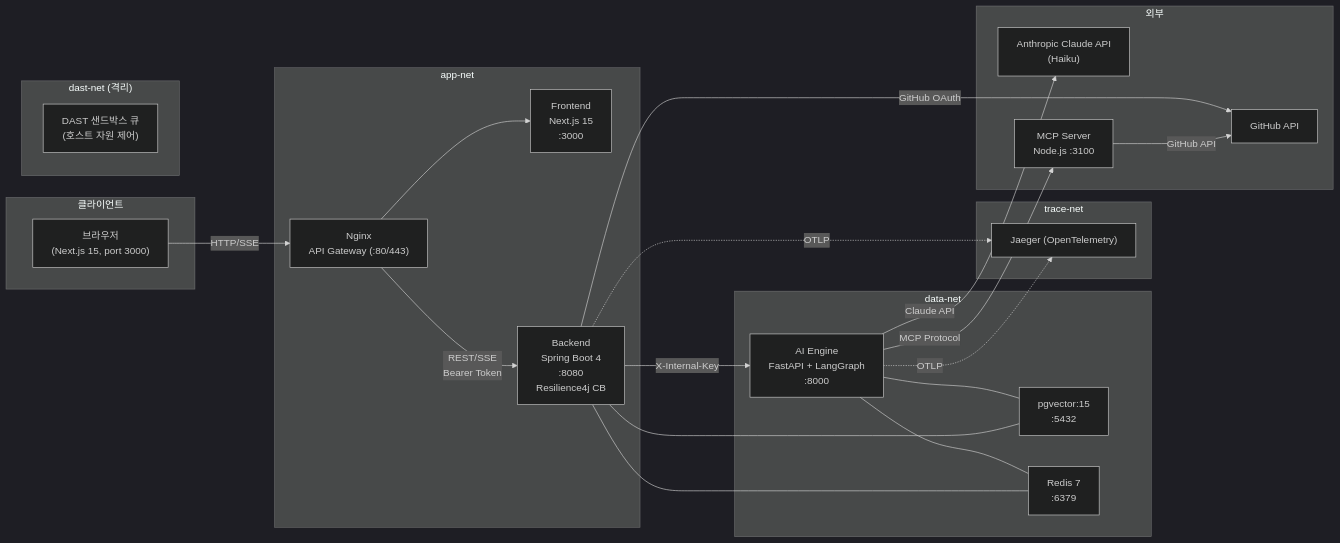
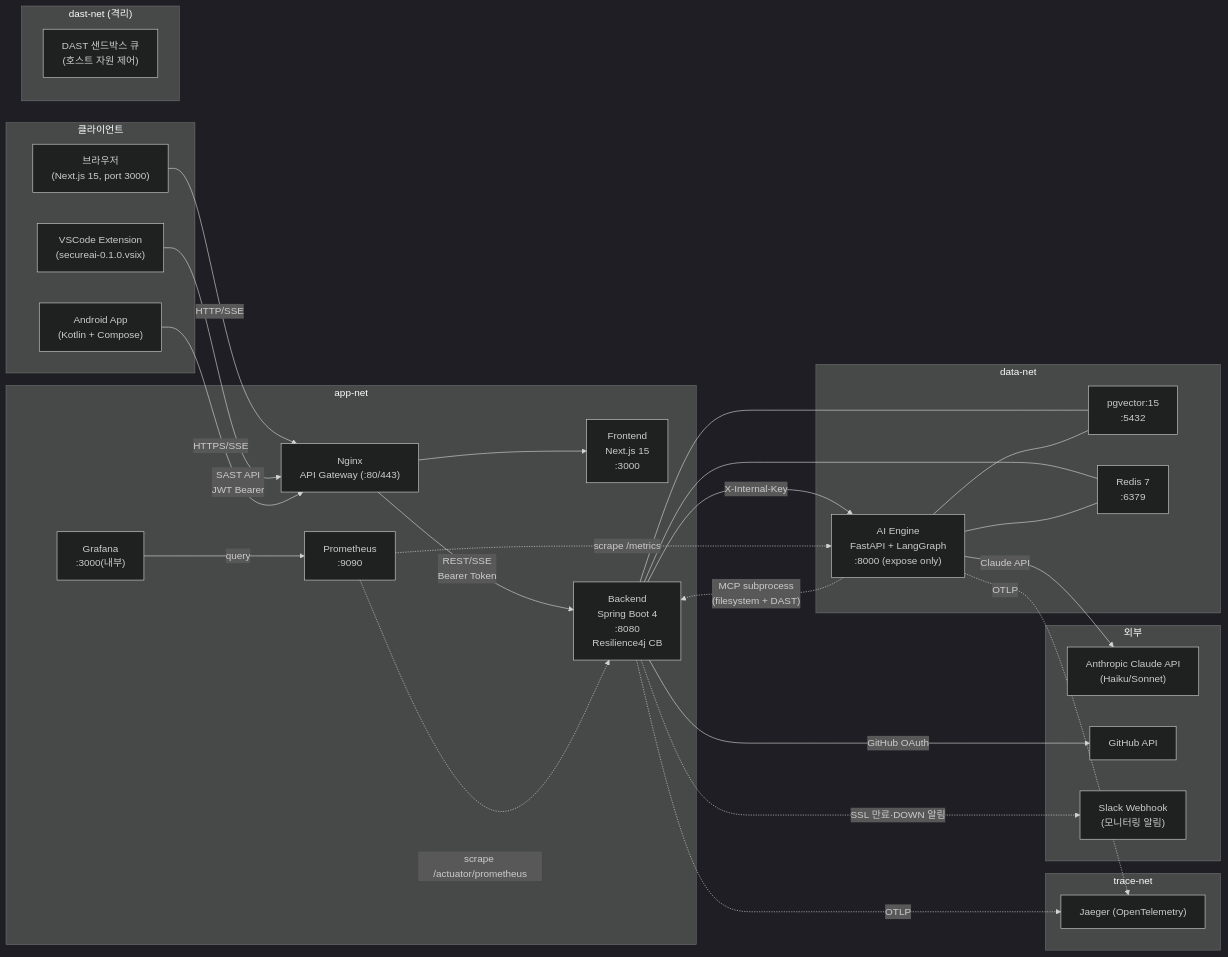
One commit to ttogle918/secureai-editor changed the first of 10 diagrams in docs/17_ARCHITECTURE_CURRENT_V2_260523.md. Above: the diagram before and after it, drawn with Mermaid (dark theme). The commit also changed other lines of this file, not shown here.

First line of the commit message:
docs(arch): 17_ARCHITECTURE_CURRENT_V2 Sprint 9 완료 내용 반영

````diff
--- a/docs/17_ARCHITECTURE_CURRENT_V2_260523.md
+++ b/docs/17_ARCHITECTURE_CURRENT_V2_260523.md
@@ -36,47 +36,56 @@
 ```mermaid
 graph LR
     subgraph CLIENT["클라이언트"]
         Browser["브라우저\n(Next.js 15, port 3000)"]
+        VSCode["VSCode Extension\n(secureai-0.1.0.vsix)"]
+        Android["Android App\n(Kotlin + Compose)"]
     end
 
     subgraph APPNET["app-net"]
         Nginx["Nginx\nAPI Gateway (:80/443)"]
         Frontend["Frontend\nNext.js 15\n:3000"]
         Backend["Backend\nSpring Boot 4\n:8080\nResilience4j CB"]
+        Prometheus["Prometheus\n:9090"]
+        Grafana["Grafana\n:3000(내부)"]
     end
 
     subgraph DATANET["data-net"]
-        AI["AI Engine\nFastAPI + LangGraph\n:8000"]
+        AI["AI Engine\nFastAPI + LangGraph\n:8000 (expose only)"]
         Postgres["pgvector:15\n:5432"]
         Redis["Redis 7\n:6379"]
     end
 
     subgraph DASTNET["dast-net (격리)"]
         DAST["DAST 샌드박스 큐\n(호스트 자원 제어)"]
     end
 
     subgraph TRACENET["trace-net"]
         Jaeger["Jaeger (OpenTelemetry)"]
     end
 
     subgraph EXTERNAL["외부"]
-        ClaudeAPI["Anthropic Claude API\n(Haiku)"]
+        ClaudeAPI["Anthropic Claude API\n(Haiku/Sonnet)"]
         GitHubAPI["GitHub API"]
-        MCP["MCP Server\nNode.js :3100"]
+        SlackAPI["Slack Webhook\n(모니터링 알림)"]
     end
 
     Browser -->|"HTTP/SSE"| Nginx
+    VSCode -->|"SAST API\nJWT Bearer"| Nginx
+    Android -->|"HTTPS/SSE"| Nginx
     Nginx --> Frontend
     Nginx -->|"REST/SSE\nBearer Token"| Backend
     Backend -->|"X-Internal-Key"| AI
     Backend --- Postgres
     Backend --- Redis
     AI --- Postgres
     AI --- Redis
     AI -->|"Claude API"| ClaudeAPI
-    AI -->|"MCP Protocol"| MCP
-    MCP -->|"GitHub API"| GitHubAPI
+    AI -.->|"MCP subprocess\n(filesystem + DAST)"| Backend
     Backend -->|"GitHub OAuth"| GitHubAPI
     Backend -.->|"OTLP"| Jaeger
     AI -.->|"OTLP"| Jaeger
+    Prometheus -.->|"scrape /actuator/prometheus"| Backend
+    Prometheus -.->|"scrape /metrics"| AI
+    Grafana -->|"query"| Prometheus
+    Backend -.->|"SSL 만료·DOWN 알림"| SlackAPI
 ```
````
